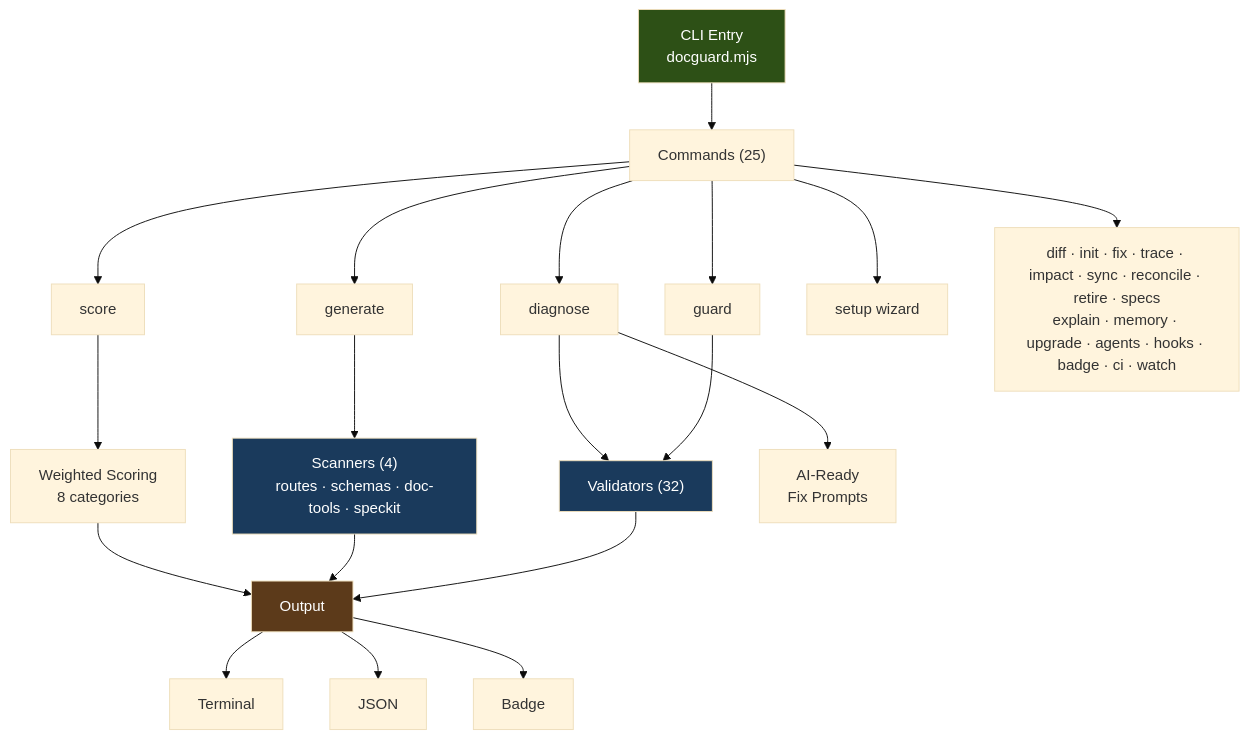
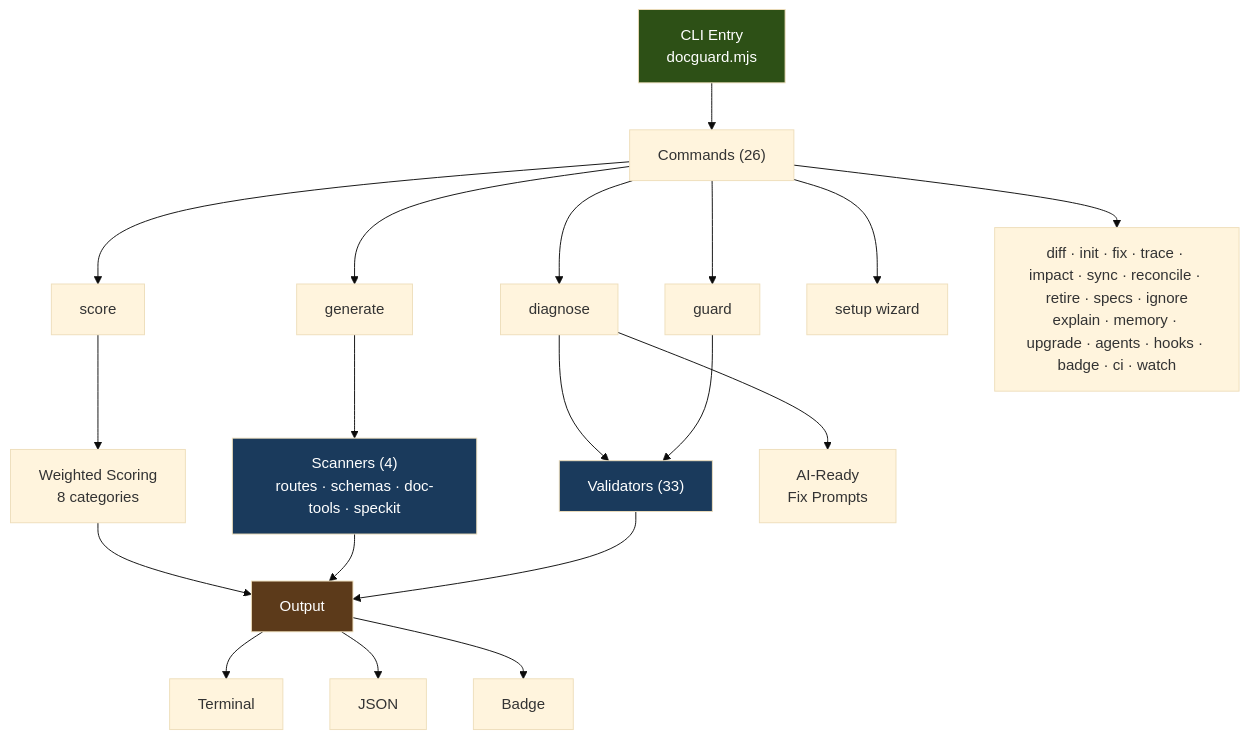
The diagram in README.md (raccioly/docguard), drawn with Mermaid (base theme) before and after one commit. The commit also changed other lines of this file and 37 other files, not shown here.

````diff
--- a/README.md
+++ b/README.md
@@ -73,28 +73,28 @@
 ```mermaid
 graph TD
-    CLI["CLI Entry<br/>docguard.mjs"] --> Commands["Commands (25)"]
+    CLI["CLI Entry<br/>docguard.mjs"] --> Commands["Commands (26)"]
     Commands --> guard["guard"]
     Commands --> generate["generate"]
     Commands --> score["score"]
     Commands --> diagnose["diagnose"]
     Commands --> setup["setup wizard"]
-    Commands --> other["diff · init · fix · trace · impact · sync · reconcile · retire · specs<br/>explain · memory · upgrade · agents · hooks · badge · ci · watch"]
+    Commands --> other["diff · init · fix · trace · impact · sync · reconcile · retire · specs · ignore<br/>explain · memory · upgrade · agents · hooks · badge · ci · watch"]
 
-    guard --> Validators["Validators (32)"]
+    guard --> Validators["Validators (33)"]
     generate --> Scanners["Scanners (4)<br/>routes · schemas · doc-tools · speckit"]
     score --> Scoring["Weighted Scoring<br/>8 categories"]
     diagnose --> Validators
     diagnose --> AIPrompts["AI-Ready<br/>Fix Prompts"]
 
     Validators --> Output["Output"]
     Scanners --> Output
     Scoring --> Output
     Output --> Terminal["Terminal"]
     Output --> JSON["JSON"]
     Output --> Badge["Badge"]
 
     style CLI fill:#2d5016,color:#fff
     style Validators fill:#1a3a5c,color:#fff
     style Scanners fill:#1a3a5c,color:#fff
     style Output fill:#5c3a1a,color:#fff
 ```
````
